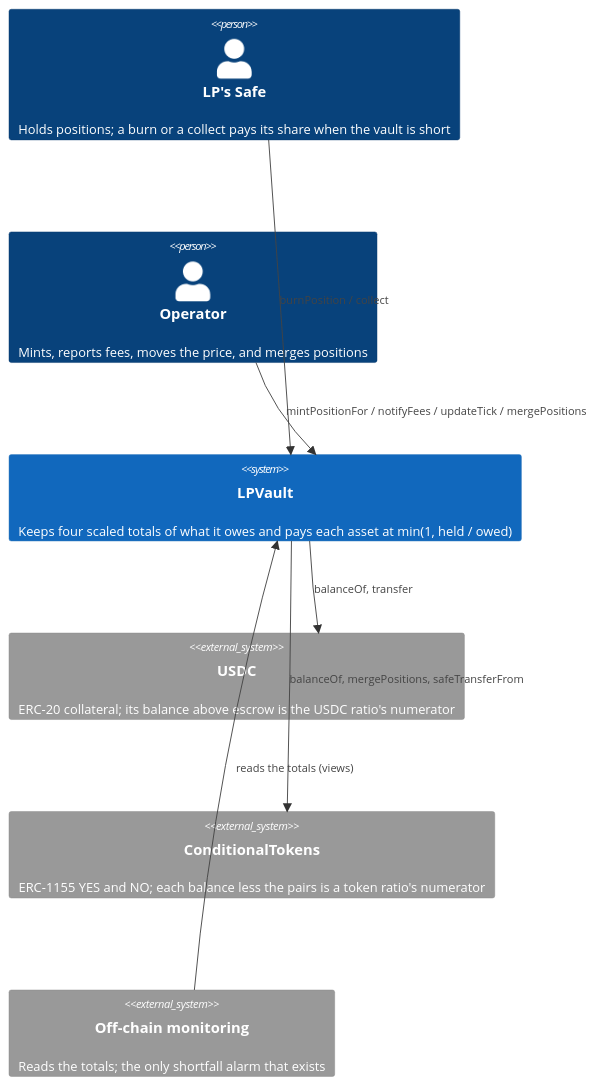
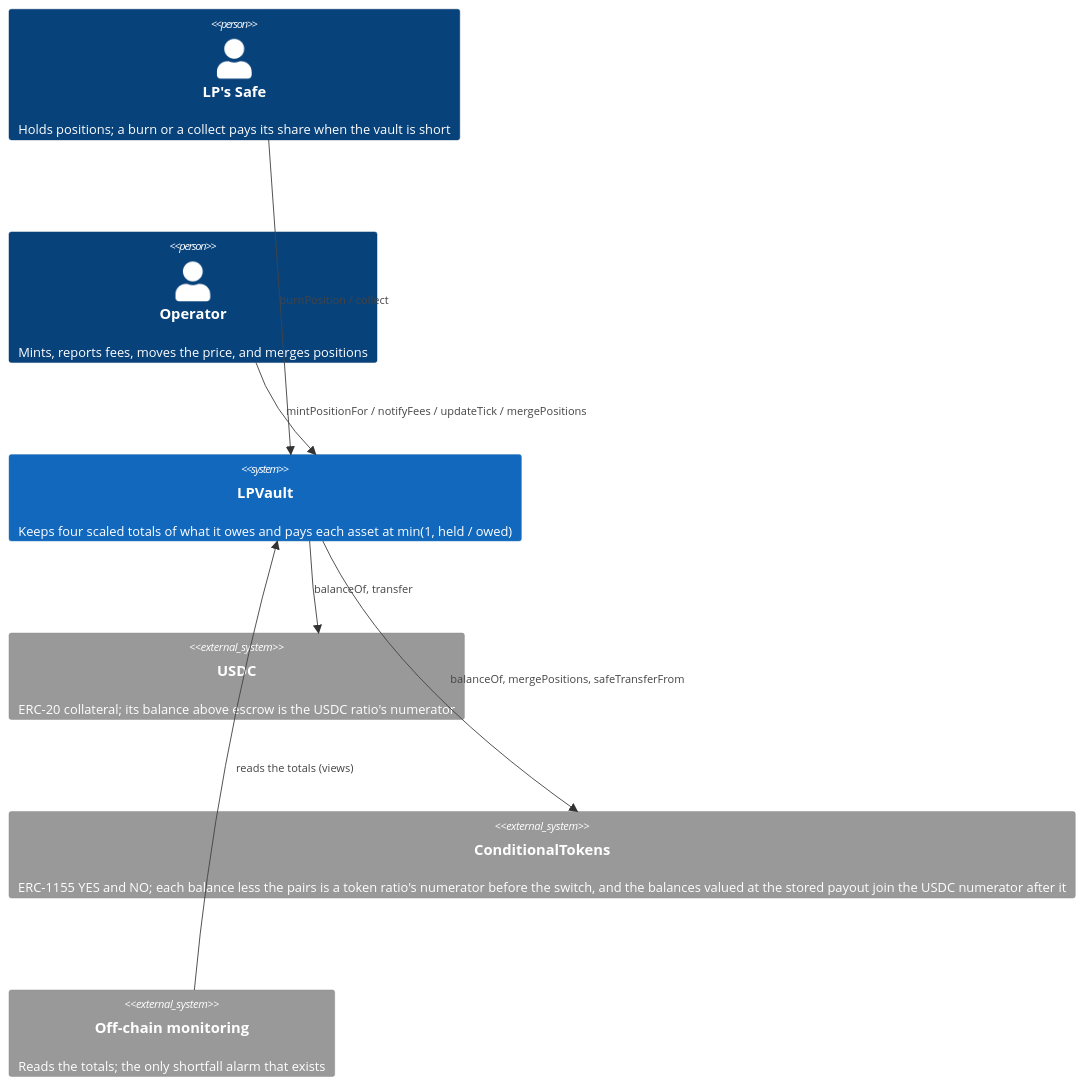
The first of 4 diagrams in specs/features/contracts/FEAT-9BQZ-vault-solvency-ledger/ARCHITECTURE.md (ProphetMarket/lp-vaults), drawn with Mermaid before and after one commit. The commit also changed other lines of this file and 31 other files, not shown here.

````diff
--- a/specs/features/contracts/FEAT-9BQZ-vault-solvency-ledger/ARCHITECTURE.md
+++ b/specs/features/contracts/FEAT-9BQZ-vault-solvency-ledger/ARCHITECTURE.md
@@ -13,15 +13,15 @@
 ```mermaid
 C4Context
     Person(lp, "LP's Safe", "Holds positions; a burn or a collect pays its share when the vault is short")
     Person(operator, "Operator", "Mints, reports fees, moves the price, and merges positions")
     System(vault, "LPVault", "Keeps four scaled totals of what it owes and pays each asset at min(1, held / owed)")
     System_Ext(usdc, "USDC", "ERC-20 collateral; its balance above escrow is the USDC ratio's numerator")
-    System_Ext(ct, "ConditionalTokens", "ERC-1155 YES and NO; each balance less the pairs is a token ratio's numerator")
+    System_Ext(ct, "ConditionalTokens", "ERC-1155 YES and NO; each balance less the pairs is a token ratio's numerator before the switch, and the balances valued at the stored payout join the USDC numerator after it")
     System_Ext(monitor, "Off-chain monitoring", "Reads the totals; the only shortfall alarm that exists")
 
     Rel(lp, vault, "burnPosition / collect")
     Rel(operator, vault, "mintPositionFor / notifyFees / updateTick / mergePositions")
     Rel(vault, usdc, "balanceOf, transfer")
     Rel(vault, ct, "balanceOf, mergePositions, safeTransferFrom")
     Rel(monitor, vault, "reads the totals (views)")
 ```
````
